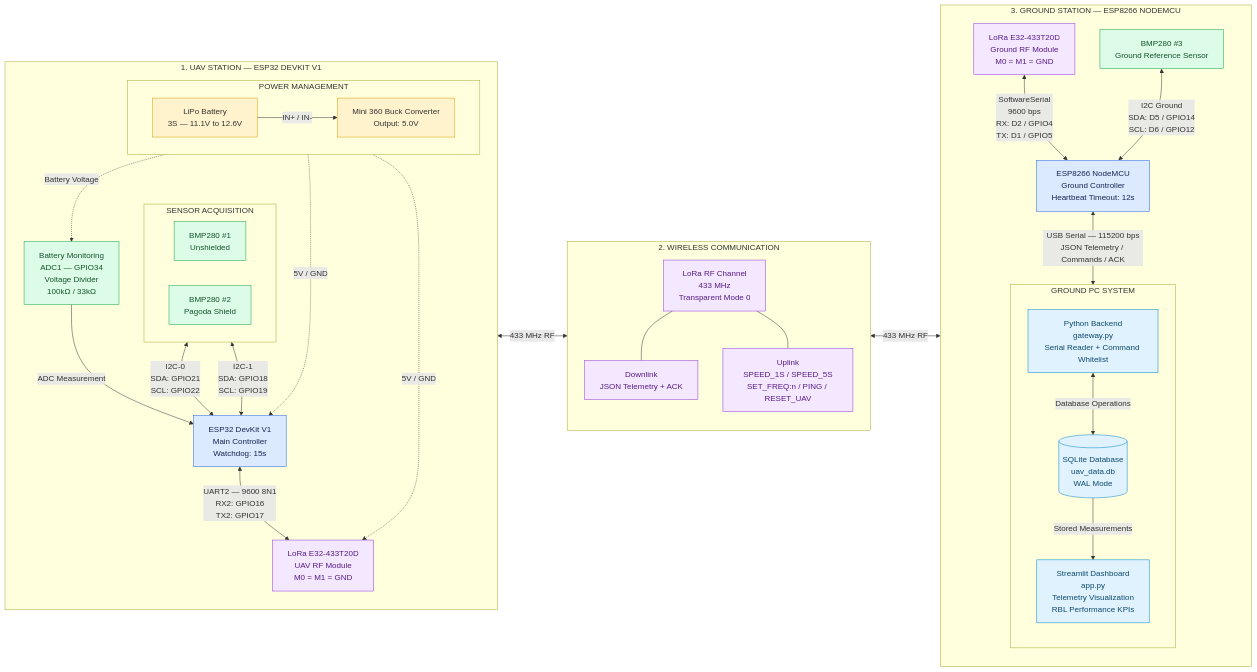
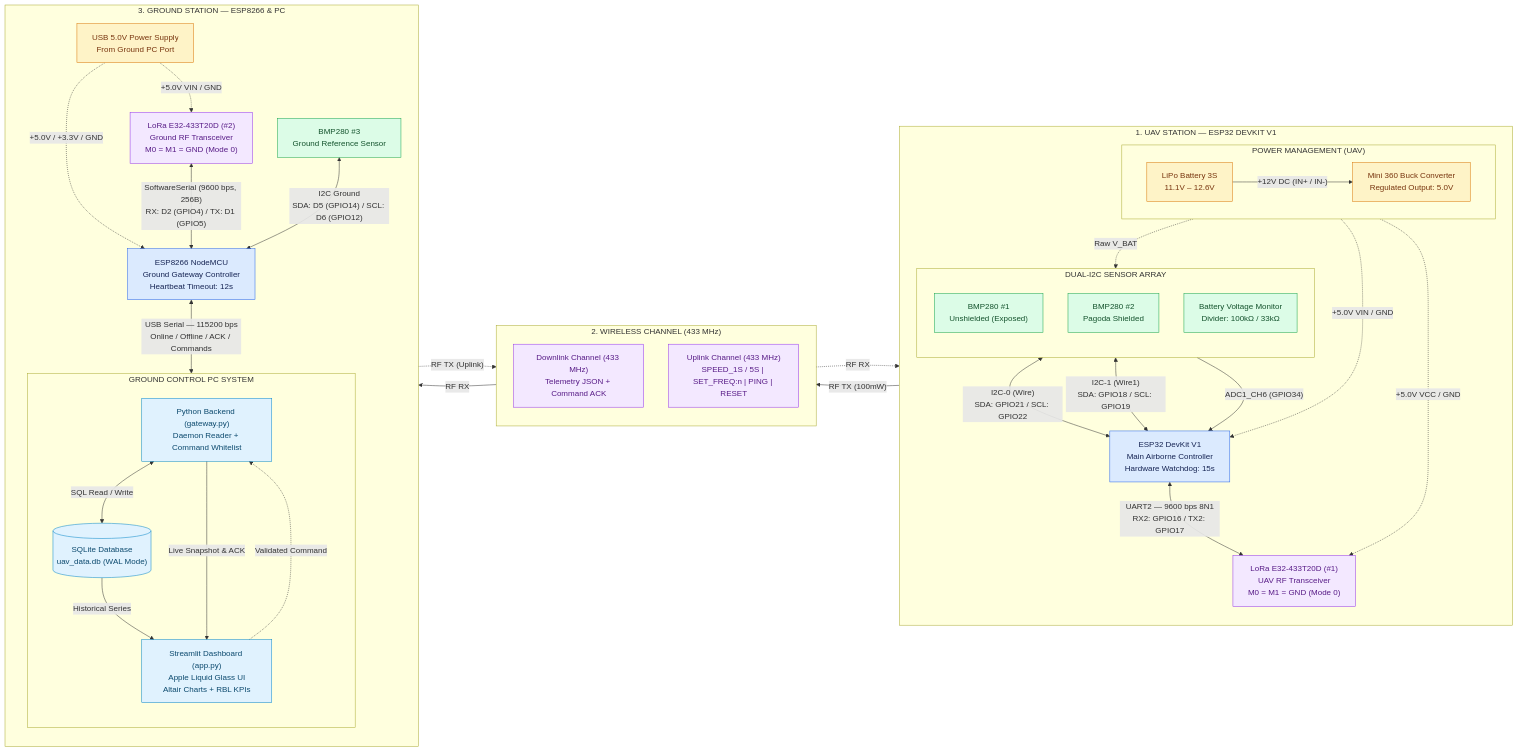
One commit to phllonq/26FA-IA2103-Group5-IOT102-FinalReport changed the first of 6 diagrams in Diagrams/README.md. Above: the diagram before and after it, drawn with Mermaid. The commit also changed other lines of this file, not shown here.

````diff
--- a/Diagrams/README.md
+++ b/Diagrams/README.md
@@ -28,93 +26,89 @@
 ```mermaid
 flowchart LR
-
     subgraph UAV["1. UAV STATION — ESP32 DEVKIT V1"]
         direction TB
 
-        subgraph POWER_UAV["POWER MANAGEMENT"]
+        subgraph POWER_UAV["POWER MANAGEMENT (UAV)"]
             direction LR
-            BAT["LiPo Battery<br/>3S — 11.1V to 12.6V"]
-            BUCK["Mini 360 Buck Converter<br/>Output: 5.0V"]
-            BAT -->|"IN+ / IN-"| BUCK
+            BAT["LiPo Battery 3S<br/>11.1V – 12.6V"]
+            BUCK["Mini 360 Buck Converter<br/>Regulated Output: 5.0V"]
+            BAT -->|"+12V DC (IN+ / IN-)"| BUCK
         end
 
-        subgraph SENSORS_UAV["SENSOR ACQUISITION"]
-            direction LR
-            BMP1["BMP280 #1<br/>Unshielded"]
-            BMP2["BMP280 #2<br/>Pagoda Shield"]
+        subgraph SENSORS_UAV["DUAL-I2C SENSOR ARRAY"]
+            direction TB
+            BMP1["BMP280 #1<br/>Unshielded (Exposed)"]
+            BMP2["BMP280 #2<br/>Pagoda Shielded"]
+            ADC["Battery Voltage Monitor<br/>Divider: 100kΩ / 33kΩ"]
         end
 
-        MCU["ESP32 DevKit V1<br/>Main Controller<br/>Watchdog: 15s"]
+        MCU["ESP32 DevKit V1<br/>Main Airborne Controller<br/>Hardware Watchdog: 15s"]
 
-        ADC["Battery Monitoring<br/>ADC1 — GPIO34<br/>Voltage Divider<br/>100kΩ / 33kΩ"]
+        RADIO_TX["LoRa E32-433T20D (#1)<br/>UAV RF Transceiver<br/>M0 = M1 = GND (Mode 0)"]
 
-        RADIO_TX["LoRa E32-433T20D<br/>UAV RF Module<br/>M0 = M1 = GND"]
+        BUCK -.->|"+5.0V VIN / GND"| MCU
+        BUCK -.->|"+5.0V VCC / GND"| RADIO_TX
+        BAT -.->|"Raw V_BAT"| ADC
 
-        BUCK -.->|"5V / GND"| MCU
-        BUCK -.->|"5V / GND"| RADIO_TX
+        BMP1 <-->|"I2C-0 (Wire)<br/>SDA: GPIO21 / SCL: GPIO22"| MCU
+        BMP2 <-->|"I2C-1 (Wire1)<br/>SDA: GPIO18 / SCL: GPIO19"| MCU
+        ADC -->|"ADC1_CH6 (GPIO34)"| MCU
 
-        BAT -.->|"Battery Voltage"| ADC
-        ADC -->|"ADC Measurement"| MCU
-
-        BMP1 <-->|"I2C-0<br/>SDA: GPIO21<br/>SCL: GPIO22"| MCU
-        BMP2 <-->|"I2C-1<br/>SDA: GPIO18<br/>SCL: GPIO19"| MCU
-
-        MCU <-->|"UART2 — 9600 8N1<br/>RX2: GPIO16<br/>TX2: GPIO17"| RADIO_TX
+        MCU <-->|"UART2 — 9600 bps 8N1<br/>RX2: GPIO16 / TX2: GPIO17"| RADIO_TX
     end
 
-    subgraph RF["2. WIRELESS COMMUNICATION"]
+    subgraph RF["2. WIRELESS CHANNEL (433 MHz)"]
+        direction TB
+        RF_DOWN["Downlink Channel (433 MHz)<br/>Telemetry JSON + Command ACK"]
+        RF_UP["Uplink Channel (433 MHz)<br/>SPEED_1S / 5S | SET_FREQ:n | PING | RESET"]
+    end
+
+    subgraph GROUND["3. GROUND STATION — ESP8266 & PC"]
         direction TB
 
-        RF_LINK["LoRa RF Channel<br/>433 MHz<br/>Transparent Mode 0"]
+        USB_PWR["USB 5.0V Power Supply<br/>From Ground PC Port"]
 
-        RF_DATA["Downlink<br/>JSON Telemetry + ACK"]
-        RF_CMD["Uplink<br/>SPEED_1S / SPEED_5S<br/>SET_FREQ:n / PING / RESET_UAV"]
+        RADIO_RX["LoRa E32-433T20D (#2)<br/>Ground RF Transceiver<br/>M0 = M1 = GND (Mode 0)"]
 
-        RF_LINK --- RF_DATA
-        RF_LINK --- RF_CMD
-    end
-
-    subgraph GROUND["3. GROUND STATION — ESP8266 NODEMCU"]
-        direction TB
-
-        RADIO_RX["LoRa E32-433T20D<br/>Ground RF Module<br/>M0 = M1 = GND"]
-
-        ESP8266["ESP8266 NodeMCU<br/>Ground Controller<br/>Heartbeat Timeout: 12s"]
+        ESP8266["ESP8266 NodeMCU<br/>Ground Gateway Controller<br/>Heartbeat Timeout: 12s"]
 
         BMP3["BMP280 #3<br/>Ground Reference Sensor"]
 
-        subgraph PC_SYSTEM["GROUND PC SYSTEM"]
+        subgraph PC_SYSTEM["GROUND CONTROL PC SYSTEM"]
             direction TB
+            GW["Python Backend (gateway.py)<br/>Daemon Reader + Command Whitelist"]
+            DB[("SQLite Database<br/>uav_data.db (WAL Mode)")]
+            UI["Streamlit Dashboard (app.py)<br/>Apple Liquid Glass UI<br/>Altair Charts + RBL KPIs"]
 
-            GW["Python Backend<br/>gateway.py<br/>Serial Reader + Command Whitelist"]
-
-            DB[("SQLite Database<br/>uav_data.db<br/>WAL Mode")]
-
-            UI["Streamlit Dashboard<br/>app.py<br/>Telemetry Visualization<br/>RBL Performance KPIs"]
-
-            GW <-->|"Database Operations"| DB
-            DB -->|"Stored Measurements"| UI
+            GW <-->|"SQL Read / Write"| DB
+            DB -->|"Historical Series"| UI
+            GW -->|"Live Snapshot & ACK"| UI
+            UI -.->|"Validated Command"| GW
         end
 
-        RADIO_RX <-->|"SoftwareSerial<br/>9600 bps<br/>RX: D2 / GPIO4<br/>TX: D1 / GPIO5"| ESP8266
+        USB_PWR -.->|"+5.0V VIN / GND"| RADIO_RX
+        USB_PWR -.->|"+5.0V / +3.3V / GND"| ESP8266
 
-        BMP3 <-->|"I2C Ground<br/>SDA: D5 / GPIO14<br/>SCL: D6 / GPIO12"| ESP8266
-
-        ESP8266 <-->|"USB Serial — 115200 bps<br/>JSON Telemetry / Commands / ACK"| GW
+        RADIO_RX <-->|"SoftwareSerial (9600 bps, 256B)<br/>RX: D2 (GPIO4) / TX: D1 (GPIO5)"| ESP8266
+        BMP3 <-->|"I2C Ground<br/>SDA: D5 (GPIO14) / SCL: D6 (GPIO12)"| ESP8266
+        ESP8266 <-->|"USB Serial — 115200 bps<br/>Online / Offline / ACK / Commands"| GW
     end
 
-    RADIO_TX <-->|"433 MHz RF"| RF_LINK
-    RF_LINK <-->|"433 MHz RF"| RADIO_RX
+    RADIO_TX -->|"RF TX (100mW)"| RF_DOWN
+    RF_DOWN -->|"RF RX"| RADIO_RX
 
-    classDef power fill:#fff3cd,stroke:#d39e00,color:#333
+    RADIO_RX -.->|"RF TX (Uplink)"| RF_UP
+    RF_UP -.->|"RF RX"| RADIO_TX
+
+    classDef power fill:#fef3c7,stroke:#d97706,color:#78350f
     classDef controller fill:#dbeafe,stroke:#2563eb,color:#172554
     classDef sensor fill:#dcfce7,stroke:#16a34a,color:#14532d
     classDef radio fill:#f3e8ff,stroke:#9333ea,color:#581c87
     classDef software fill:#e0f2fe,stroke:#0284c7,color:#0c4a6e
 
-    class BAT,BUCK power
+    class BAT,BUCK,USB_PWR power
     class MCU,ESP8266 controller
     class BMP1,BMP2,BMP3,ADC sensor
-    class RADIO_TX,RADIO_RX,RF_LINK,RF_DATA,RF_CMD radio
+    class RADIO_TX,RADIO_RX,RF_DOWN,RF_UP radio
     class GW,DB,UI software
 ```
````
